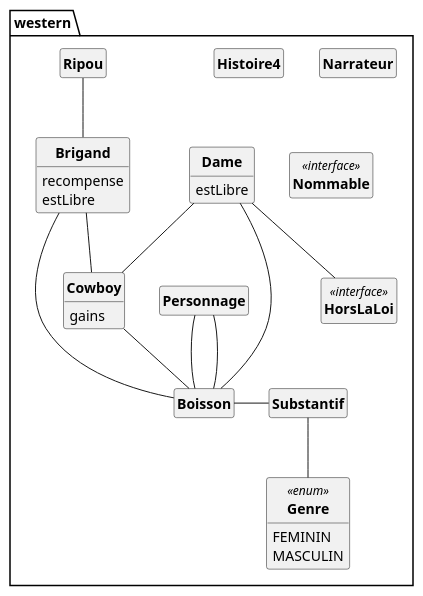
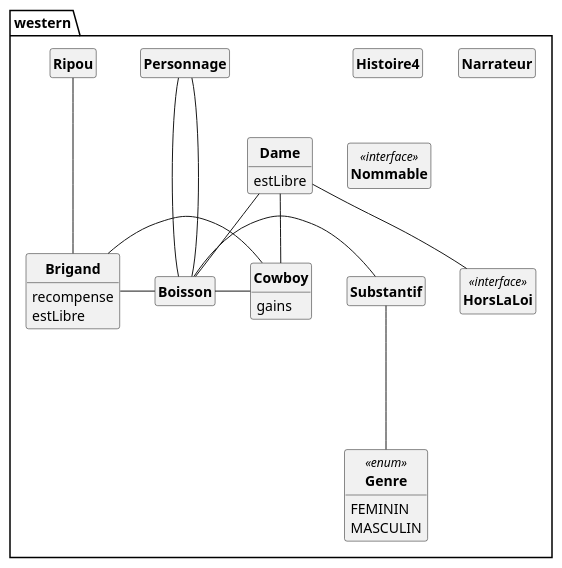
Before and after one commit to DimToups/Java-to-PUML-converter: the diagram in out/production/p21_projet/pumlFromJava/westernClass.puml, drawn with PlantUML. The commit also changed 6 other files, not shown here.

```diff
--- a/out/production/p21_projet/pumlFromJava/westernClass.puml
+++ b/out/production/p21_projet/pumlFromJava/westernClass.puml
@@ -1,65 +1,65 @@
 @startuml
 'https://plantuml.com/class-diagram
 skinparam style strictuml
 skinparam classAttributeIconSize 0
 skinparam classFontStyle Bold
 
 hide empty members
 
 
 package western{
 
 class Boisson{
 
 }
 class Brigand{
 	recompense
 	estLibre
 
 }
 class Cowboy{
 	gains
 
 }
 class Dame{
 	estLibre
 
 }
 class Genre <<enum>>{
 	FEMININ
 	MASCULIN
 
 }
 class Histoire4{
 
 }
 class HorsLaLoi <<interface>>{
 
 }
 class Narrateur{
 
 }
 class Nommable <<interface>>{
 
 }
 class Personnage{
 
 }
 class Ripou{
 
 }
 class Substantif{
 
 }
 Boisson-Substantif
-Brigand--Cowboy
-Brigand--Boisson
-Cowboy--Boisson
+Brigand-Cowboy
+Brigand-Boisson
+Cowboy-Boisson
 Dame--Cowboy
 Dame--HorsLaLoi
 Dame--Boisson
 Personnage--Boisson
-Personnage--Boisson
-Ripou--Brigand
-Substantif--Genre
+Personnage---Boisson
+Ripou---Brigand
+Substantif---Genre
 @enduml
```
